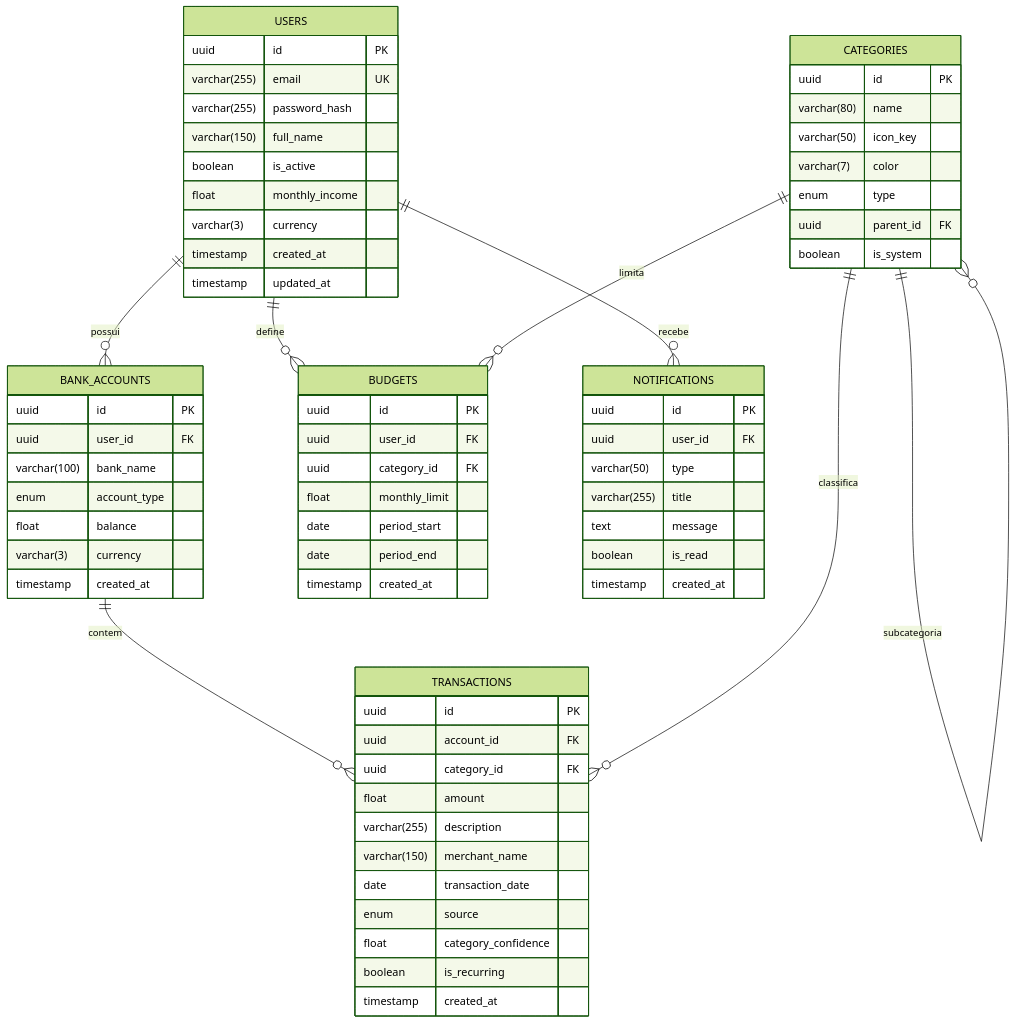
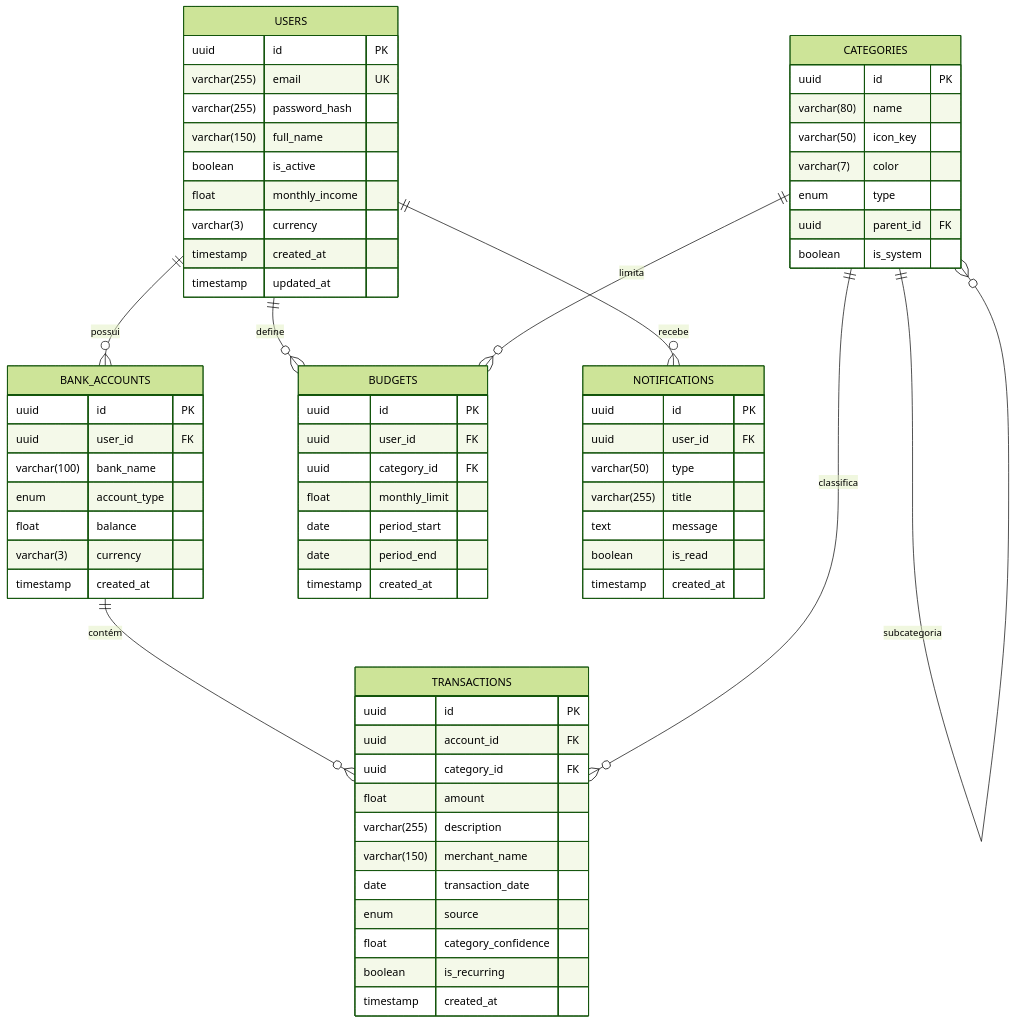
Before and after one commit to henriquelaia/FinTwin: the diagram in docs/sprint0/03_modelo_dados.md, drawn with Mermaid (forest theme). The commit also changed other lines of this file and 11 other files, not shown here.

````diff
--- a/docs/sprint0/03_modelo_dados.md
+++ b/docs/sprint0/03_modelo_dados.md
@@ -5,76 +5,76 @@
 ```mermaid
 erDiagram
     USERS {
         uuid id PK
         varchar(255) email UK
         varchar(255) password_hash
         varchar(150) full_name
         boolean is_active
         float monthly_income
         varchar(3) currency
         timestamp created_at
         timestamp updated_at
     }
 
     BANK_ACCOUNTS {
         uuid id PK
         uuid user_id FK
         varchar(100) bank_name
         enum account_type
         float balance
         varchar(3) currency
         timestamp created_at
     }
 
     TRANSACTIONS {
         uuid id PK
         uuid account_id FK
         uuid category_id FK
         float amount
         varchar(255) description
         varchar(150) merchant_name
         date transaction_date
         enum source
         float category_confidence
         boolean is_recurring
         timestamp created_at
     }
 
     CATEGORIES {
         uuid id PK
         varchar(80) name
         varchar(50) icon_key
         varchar(7) color
         enum type
         uuid parent_id FK
         boolean is_system
     }
 
     BUDGETS {
         uuid id PK
         uuid user_id FK
         uuid category_id FK
         float monthly_limit
         date period_start
         date period_end
         timestamp created_at
     }
 
     NOTIFICATIONS {
         uuid id PK
         uuid user_id FK
         varchar(50) type
         varchar(255) title
         text message
         boolean is_read
         timestamp created_at
     }
 
     USERS ||--o{ BANK_ACCOUNTS : "possui"
     USERS ||--o{ BUDGETS : "define"
     USERS ||--o{ NOTIFICATIONS : "recebe"
-    BANK_ACCOUNTS ||--o{ TRANSACTIONS : "contem"
+    BANK_ACCOUNTS ||--o{ TRANSACTIONS : "contém"
     CATEGORIES ||--o{ TRANSACTIONS : "classifica"
     CATEGORIES ||--o{ BUDGETS : "limita"
     CATEGORIES ||--o{ CATEGORIES : "subcategoria"
 ```
````
